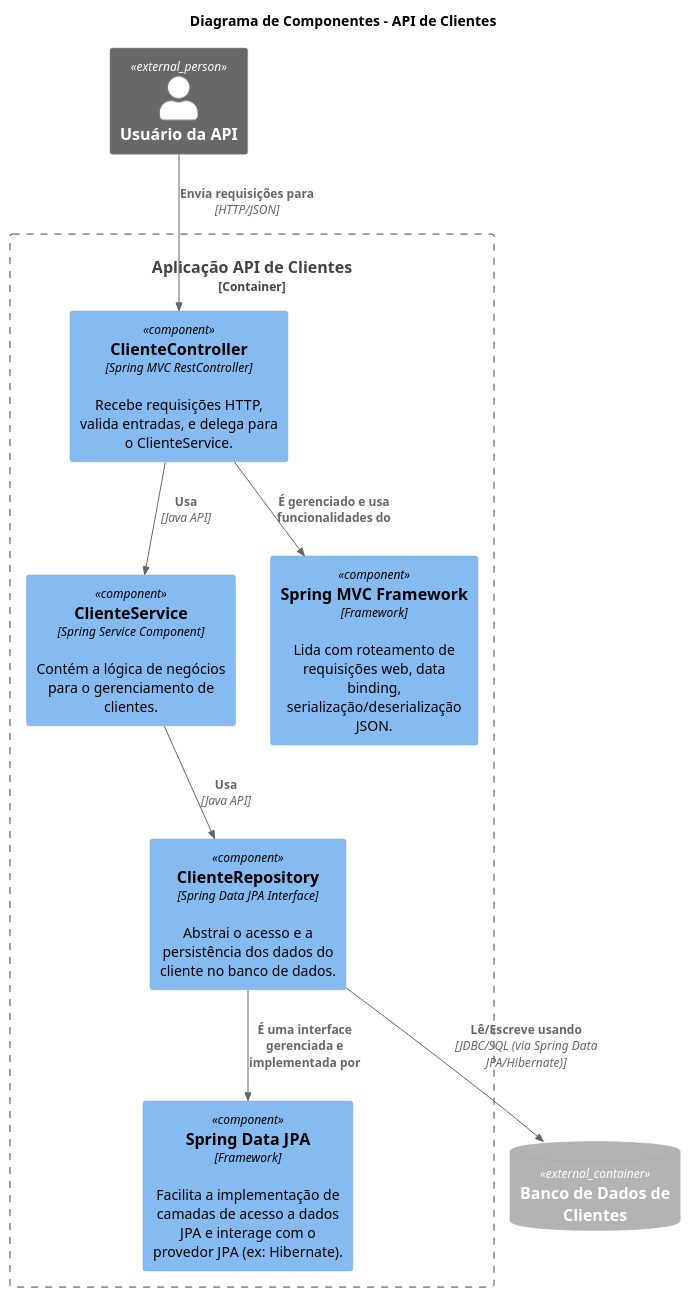
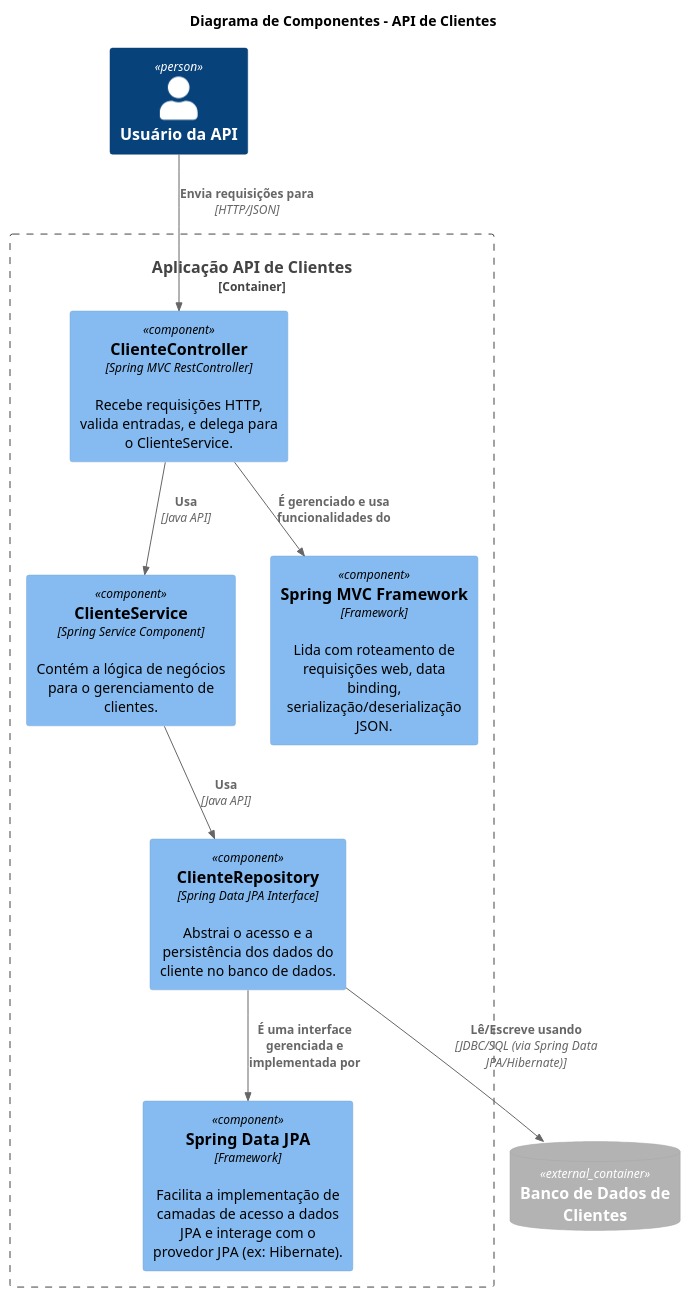
Before and after one commit to FabianoSilveira2017/desafio-final-api-clientes: the diagram in diagrama_c4_n3.puml, drawn with PlantUML. The commit also changed 2 other files, not shown here.

Commit message:
Pequenos ajustes nos diagramas

```diff
--- a/diagrama_c4_n3.puml
+++ b/diagrama_c4_n3.puml
@@ -1,33 +1,33 @@
 @startuml Component_ClienteAPI_App
 !include https://raw.githubusercontent.com/plantuml-stdlib/C4-PlantUML/master/C4_Component.puml
 
 title Diagrama de Componentes - API de Clientes
 
 ' Elementos externos para referência
-Person_Ext(user, "Usuário da API")
+Person(user, "Usuário da API")
 ContainerDb_Ext(database, "Banco de Dados de Clientes")
 
 Container_Boundary(app_boundary, "Aplicação API de Clientes") {
     Component(cliente_controller, "ClienteController", "Spring MVC RestController", "Recebe requisições HTTP, valida entradas, e delega para o ClienteService.")
     Component(cliente_service, "ClienteService", "Spring Service Component", "Contém a lógica de negócios para o gerenciamento de clientes.")
     Component(cliente_repository, "ClienteRepository", "Spring Data JPA Interface", "Abstrai o acesso e a persistência dos dados do cliente no banco de dados.")
 
     ' Opcional: Mostrar componentes do framework se ajudar na clareza
     Component(spring_mvc, "Spring MVC Framework", "Framework", "Lida com roteamento de requisições web, data binding, serialização/deserialização JSON.")
     Component(spring_data_jpa, "Spring Data JPA", "Framework", "Facilita a implementação de camadas de acesso a dados JPA e interage com o provedor JPA (ex: Hibernate).")
 
     Rel(cliente_controller, cliente_service, "Usa", "Java API")
     Rel(cliente_service, cliente_repository, "Usa", "Java API")
 
     ' Relações com componentes do framework (implícitas ou explícitas)
     Rel(cliente_controller, spring_mvc, "É gerenciado e usa funcionalidades do")
     Rel(cliente_repository, spring_data_jpa, "É uma interface gerenciada e implementada por")
 }
 
 ' Interações de fora para dentro do contêiner
 Rel(user, cliente_controller, "Envia requisições para", "HTTP/JSON")
 
 ' Interações de dentro do contêiner para fora (para o banco de dados)
 Rel(cliente_repository, database, "Lê/Escreve usando", "JDBC/SQL (via Spring Data JPA/Hibernate)")
 
 @enduml
```
